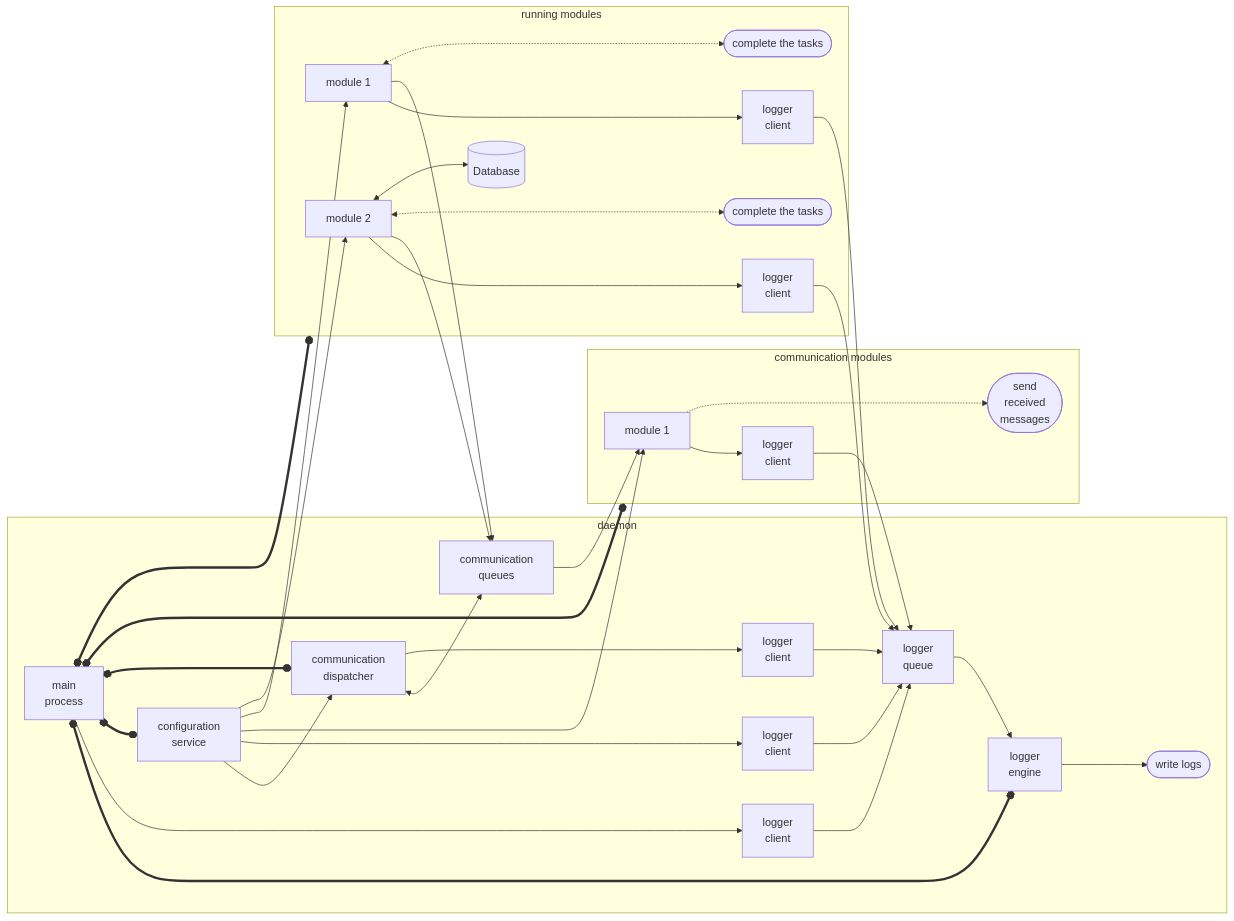
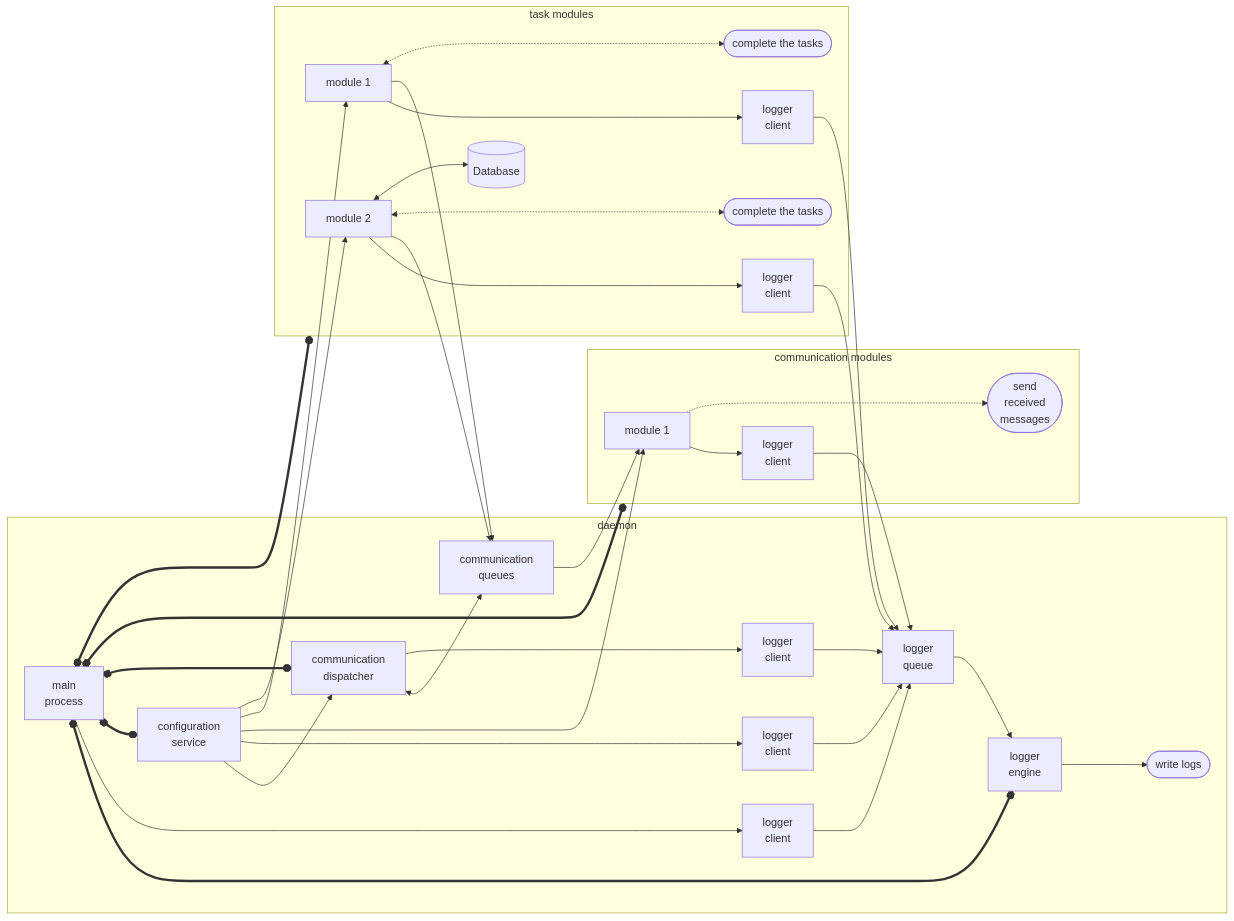
Before and after one commit to Szumak75/AASd: the diagram in docs/Flow.md, drawn with Mermaid.

````diff
--- a/docs/Flow.md
+++ b/docs/Flow.md
@@ -3,40 +3,40 @@
 ```mermaid
 flowchart LR
     subgraph main [daemon]
     A1[main\nprocess] o==o A2[logger\nengine]
     LQ[logger\nqueue] --> A2
     A1 --> A3[logger\nclient]
     A3 --> LQ
     A1 o==o CONF[configuration\nservice]
     A1 o==o A5[communication\ndispatcher]
     A5 <--> CQ[communication\nqueues]
     A5 --> A7[logger\nclient]
     A7 --> LQ
     CONF --> A5
     CONF --> A8[logger\nclient]
     A8 --> LQ
     A2 ---> WL([write logs])
     end
     A1 o==o com
     A1 o==o run
     subgraph com [communication modules]
     C1[module 1] --> C2[logger\nclient]
     CONF --> C1
     C2 --> LQ
     CQ --> C1
     C1 -...-> CE(["send\nreceived\nmessages"])
     end
-    subgraph run [running modules]
+    subgraph run [task modules]
     R1[module 1] --> R2[logger\nclient]
     CONF --> R1
     R2 --> LQ
     R1 --> CQ
     R1 <-...-> RE1(["complete the tasks"])
     R3[module 2] --> R4[logger\nclient]
     CONF --> R3
     R4 --> LQ
     R3 --> CQ
     R3 <-...-> RE3(["complete the tasks"])
     R3 <--> R5[(Database)]
     end
 ```
````
